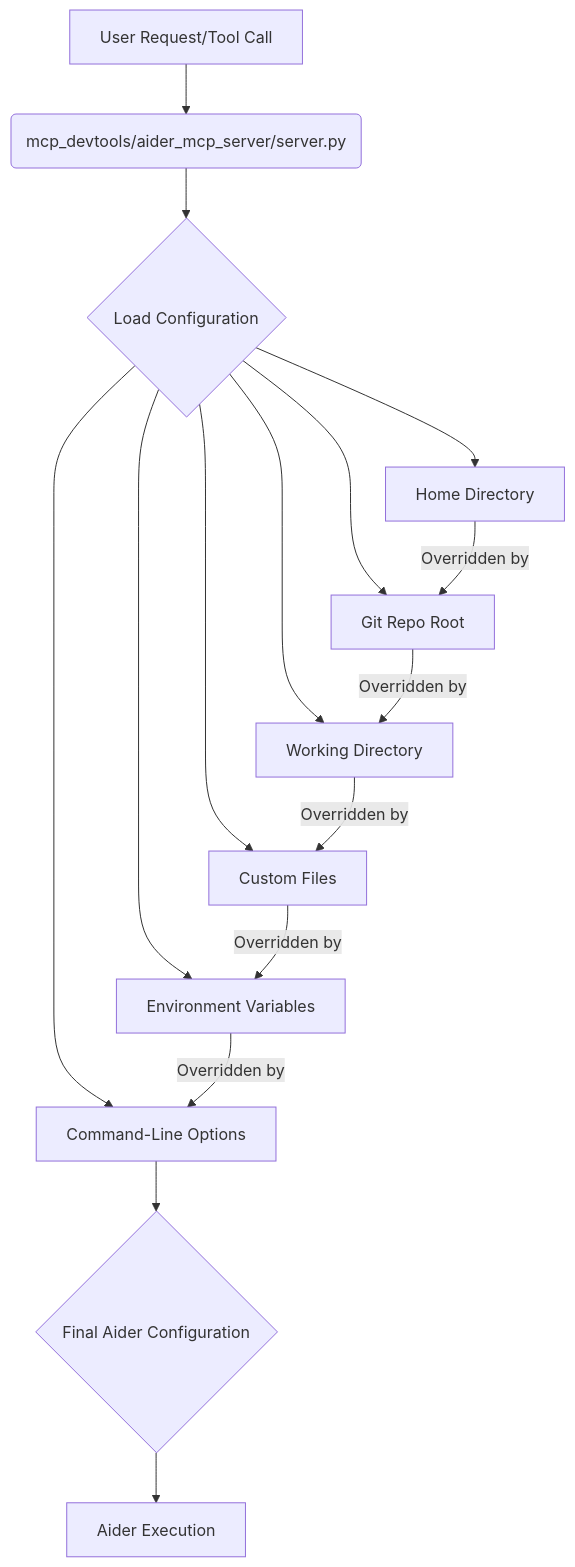
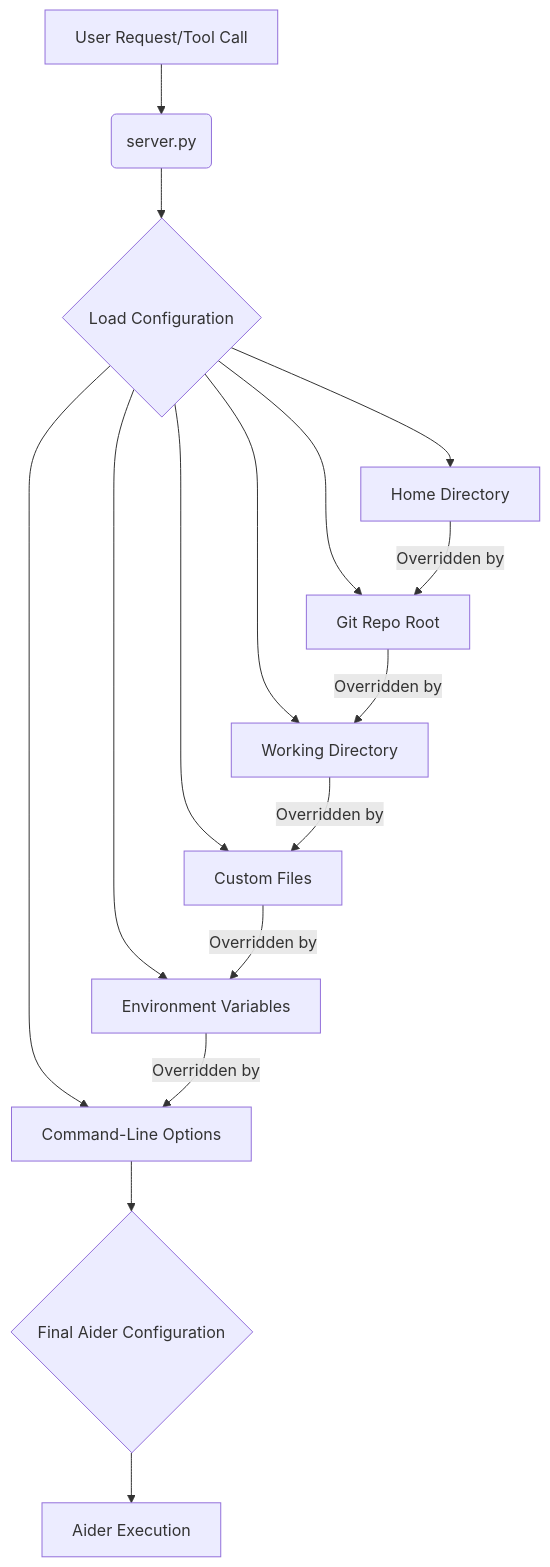
The diagram in docs/aider_config.md (daoch4n/mcp-devtools), drawn with Mermaid before and after one commit. The commit also changed other lines of this file, not shown here.

Commit message:
Remove all documentation references to mcp_devtools/aider_mcp_server to ensure no subpackage dependency remains.

````diff
--- a/docs/aider_config.md
+++ b/docs/aider_config.md
@@ -42,18 +42,18 @@
 ```mermaid
 graph TD
-    A["User Request/Tool Call"] --> B("mcp_devtools/aider_mcp_server/server.py")
+    A["User Request/Tool Call"] --> B("server.py")
     B --> C{Load Configuration}
     C --> D[Home Directory]
     C --> E[Git Repo Root]
     C --> F[Working Directory]
     C --> G[Custom Files]
     C --> H[Environment Variables]
     C --> I[Command-Line Options]
     D -- Overridden by --> E
     E -- Overridden by --> F
     F -- Overridden by --> G
     G -- Overridden by --> H
     H -- Overridden by --> I
     I --> J{Final Aider Configuration}
     J --> K[Aider Execution]
 ```
````
